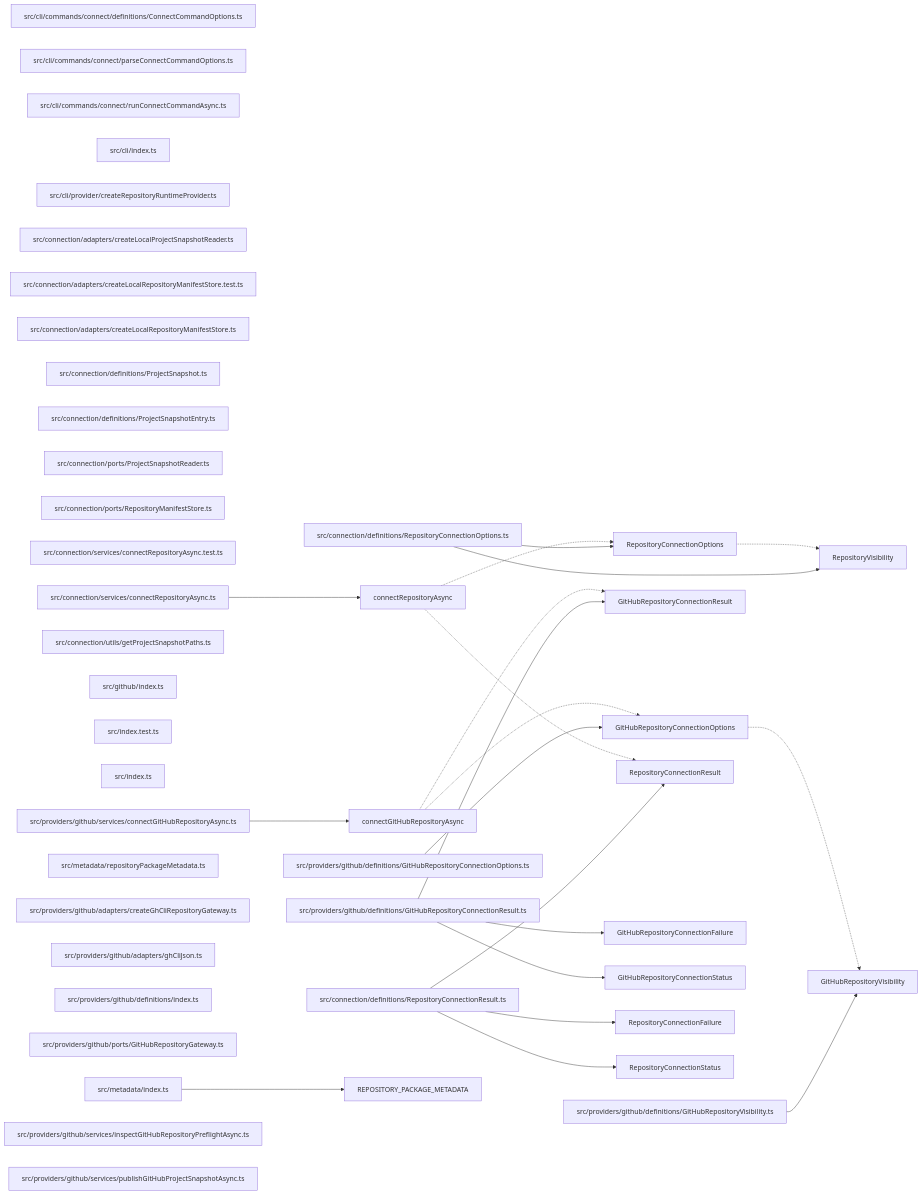
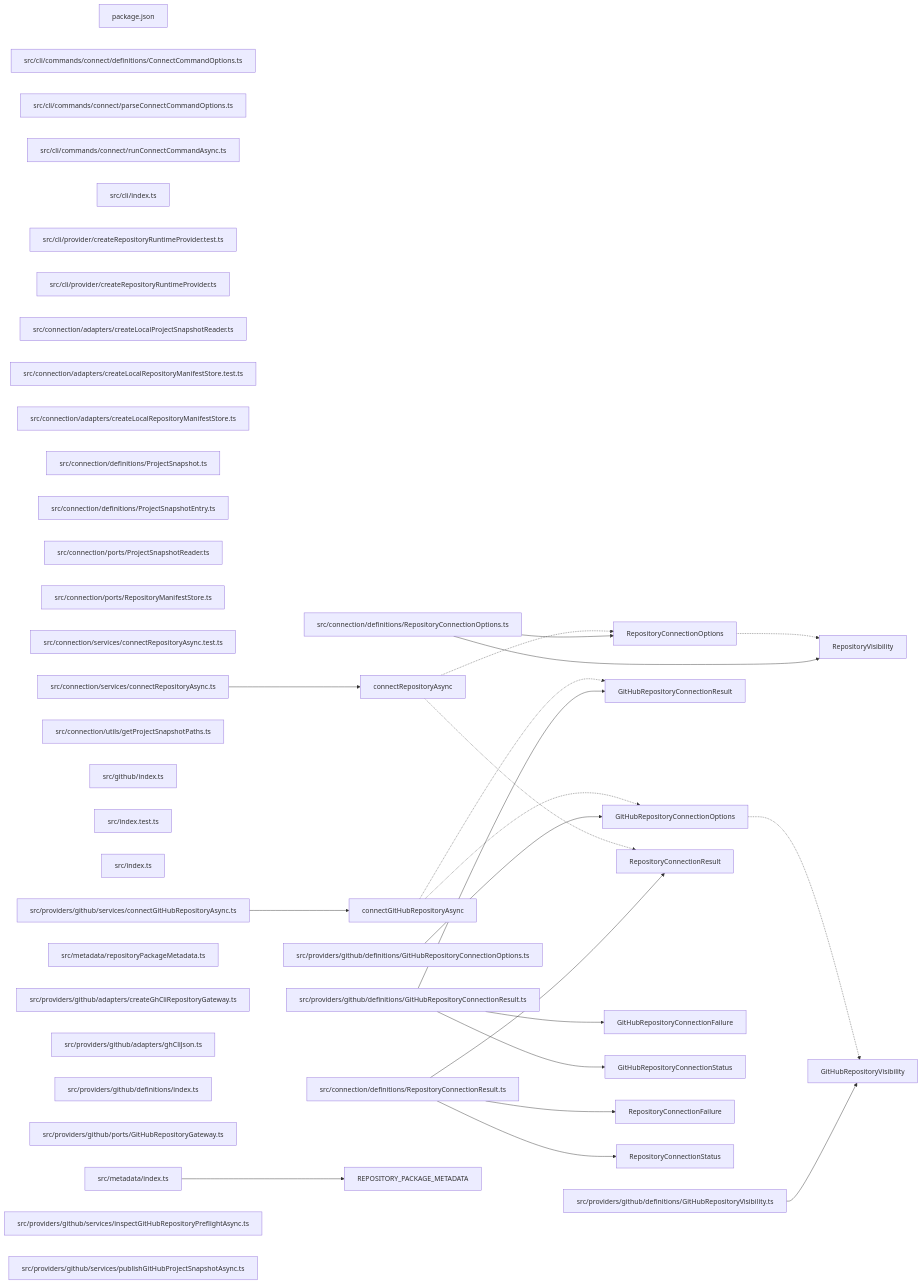
Before and after one commit to ankhorage/gh: the diagram in paradox/diagrams/export-graph.mmd, drawn with Mermaid. The commit also changed 7 other files, not shown here.

Commit message:
fix: derive repository provider version

```diff
--- a/paradox/diagrams/export-graph.mmd
+++ b/paradox/diagrams/export-graph.mmd
@@ -1,65 +1,67 @@
 graph LR
+  module_package_json["package.json"]
   module_src_cli_commands_connect_definitions_ConnectCommandOptions_ts["src/cli/commands/connect/definitions/ConnectCommandOptions.ts"]
   module_src_cli_commands_connect_parseConnectCommandOptions_ts["src/cli/commands/connect/parseConnectCommandOptions.ts"]
   module_src_cli_commands_connect_runConnectCommandAsync_ts["src/cli/commands/connect/runConnectCommandAsync.ts"]
   module_src_cli_index_ts["src/cli/index.ts"]
+  module_src_cli_provider_createRepositoryRuntimeProvider_test_ts["src/cli/provider/createRepositoryRuntimeProvider.test.ts"]
   module_src_cli_provider_createRepositoryRuntimeProvider_ts["src/cli/provider/createRepositoryRuntimeProvider.ts"]
   module_src_connection_adapters_createLocalProjectSnapshotReader_ts["src/connection/adapters/createLocalProjectSnapshotReader.ts"]
   module_src_connection_adapters_createLocalRepositoryManifestStore_test_ts["src/connection/adapters/createLocalRepositoryManifestStore.test.ts"]
   module_src_connection_adapters_createLocalRepositoryManifestStore_ts["src/connection/adapters/createLocalRepositoryManifestStore.ts"]
   module_src_connection_definitions_ProjectSnapshot_ts["src/connection/definitions/ProjectSnapshot.ts"]
   module_src_connection_definitions_ProjectSnapshotEntry_ts["src/connection/definitions/ProjectSnapshotEntry.ts"]
   module_src_connection_definitions_RepositoryConnectionOptions_ts["src/connection/definitions/RepositoryConnectionOptions.ts"]
   module_src_connection_definitions_RepositoryConnectionResult_ts["src/connection/definitions/RepositoryConnectionResult.ts"]
   module_src_connection_ports_ProjectSnapshotReader_ts["src/connection/ports/ProjectSnapshotReader.ts"]
   module_src_connection_ports_RepositoryManifestStore_ts["src/connection/ports/RepositoryManifestStore.ts"]
   module_src_connection_services_connectRepositoryAsync_test_ts["src/connection/services/connectRepositoryAsync.test.ts"]
   module_src_connection_services_connectRepositoryAsync_ts["src/connection/services/connectRepositoryAsync.ts"]
   module_src_connection_utils_getProjectSnapshotPaths_ts["src/connection/utils/getProjectSnapshotPaths.ts"]
   module_src_github_index_ts["src/github/index.ts"]
   module_src_index_test_ts["src/index.test.ts"]
   module_src_index_ts["src/index.ts"]
   module_src_metadata_index_ts["src/metadata/index.ts"]
   module_src_metadata_repositoryPackageMetadata_ts["src/metadata/repositoryPackageMetadata.ts"]
   module_src_providers_github_adapters_createGhCliRepositoryGateway_ts["src/providers/github/adapters/createGhCliRepositoryGateway.ts"]
   module_src_providers_github_adapters_ghCliJson_ts["src/providers/github/adapters/ghCliJson.ts"]
   module_src_providers_github_definitions_GitHubRepositoryConnectionOptions_ts["src/providers/github/definitions/GitHubRepositoryConnectionOptions.ts"]
   module_src_providers_github_definitions_GitHubRepositoryConnectionResult_ts["src/providers/github/definitions/GitHubRepositoryConnectionResult.ts"]
   module_src_providers_github_definitions_GitHubRepositoryVisibility_ts["src/providers/github/definitions/GitHubRepositoryVisibility.ts"]
   module_src_providers_github_definitions_index_ts["src/providers/github/definitions/index.ts"]
   module_src_providers_github_ports_GitHubRepositoryGateway_ts["src/providers/github/ports/GitHubRepositoryGateway.ts"]
   module_src_providers_github_services_connectGitHubRepositoryAsync_ts["src/providers/github/services/connectGitHubRepositoryAsync.ts"]
   module_src_providers_github_services_inspectGitHubRepositoryPreflightAsync_ts["src/providers/github/services/inspectGitHubRepositoryPreflightAsync.ts"]
   module_src_providers_github_services_publishGitHubProjectSnapshotAsync_ts["src/providers/github/services/publishGitHubProjectSnapshotAsync.ts"]
   export_connectGitHubRepositoryAsync["connectGitHubRepositoryAsync"]
   module_src_providers_github_services_connectGitHubRepositoryAsync_ts --> export_connectGitHubRepositoryAsync
   export_connectGitHubRepositoryAsync -.-> export_GitHubRepositoryConnectionOptions
   export_connectGitHubRepositoryAsync -.-> export_GitHubRepositoryConnectionResult
   export_connectRepositoryAsync["connectRepositoryAsync"]
   module_src_connection_services_connectRepositoryAsync_ts --> export_connectRepositoryAsync
   export_connectRepositoryAsync -.-> export_RepositoryConnectionOptions
   export_connectRepositoryAsync -.-> export_RepositoryConnectionResult
   export_GitHubRepositoryConnectionFailure["GitHubRepositoryConnectionFailure"]
   module_src_providers_github_definitions_GitHubRepositoryConnectionResult_ts --> export_GitHubRepositoryConnectionFailure
   export_GitHubRepositoryConnectionOptions["GitHubRepositoryConnectionOptions"]
   module_src_providers_github_definitions_GitHubRepositoryConnectionOptions_ts --> export_GitHubRepositoryConnectionOptions
   export_GitHubRepositoryConnectionOptions -.-> export_GitHubRepositoryVisibility
   export_GitHubRepositoryConnectionResult["GitHubRepositoryConnectionResult"]
   module_src_providers_github_definitions_GitHubRepositoryConnectionResult_ts --> export_GitHubRepositoryConnectionResult
   export_GitHubRepositoryConnectionStatus["GitHubRepositoryConnectionStatus"]
   module_src_providers_github_definitions_GitHubRepositoryConnectionResult_ts --> export_GitHubRepositoryConnectionStatus
   export_GitHubRepositoryVisibility["GitHubRepositoryVisibility"]
   module_src_providers_github_definitions_GitHubRepositoryVisibility_ts --> export_GitHubRepositoryVisibility
   export_REPOSITORY_PACKAGE_METADATA["REPOSITORY_PACKAGE_METADATA"]
   module_src_metadata_index_ts --> export_REPOSITORY_PACKAGE_METADATA
   export_RepositoryConnectionFailure["RepositoryConnectionFailure"]
   module_src_connection_definitions_RepositoryConnectionResult_ts --> export_RepositoryConnectionFailure
   export_RepositoryConnectionOptions["RepositoryConnectionOptions"]
   module_src_connection_definitions_RepositoryConnectionOptions_ts --> export_RepositoryConnectionOptions
   export_RepositoryConnectionOptions -.-> export_RepositoryVisibility
   export_RepositoryConnectionResult["RepositoryConnectionResult"]
   module_src_connection_definitions_RepositoryConnectionResult_ts --> export_RepositoryConnectionResult
   export_RepositoryConnectionStatus["RepositoryConnectionStatus"]
   module_src_connection_definitions_RepositoryConnectionResult_ts --> export_RepositoryConnectionStatus
   export_RepositoryVisibility["RepositoryVisibility"]
   module_src_connection_definitions_RepositoryConnectionOptions_ts --> export_RepositoryVisibility
```
